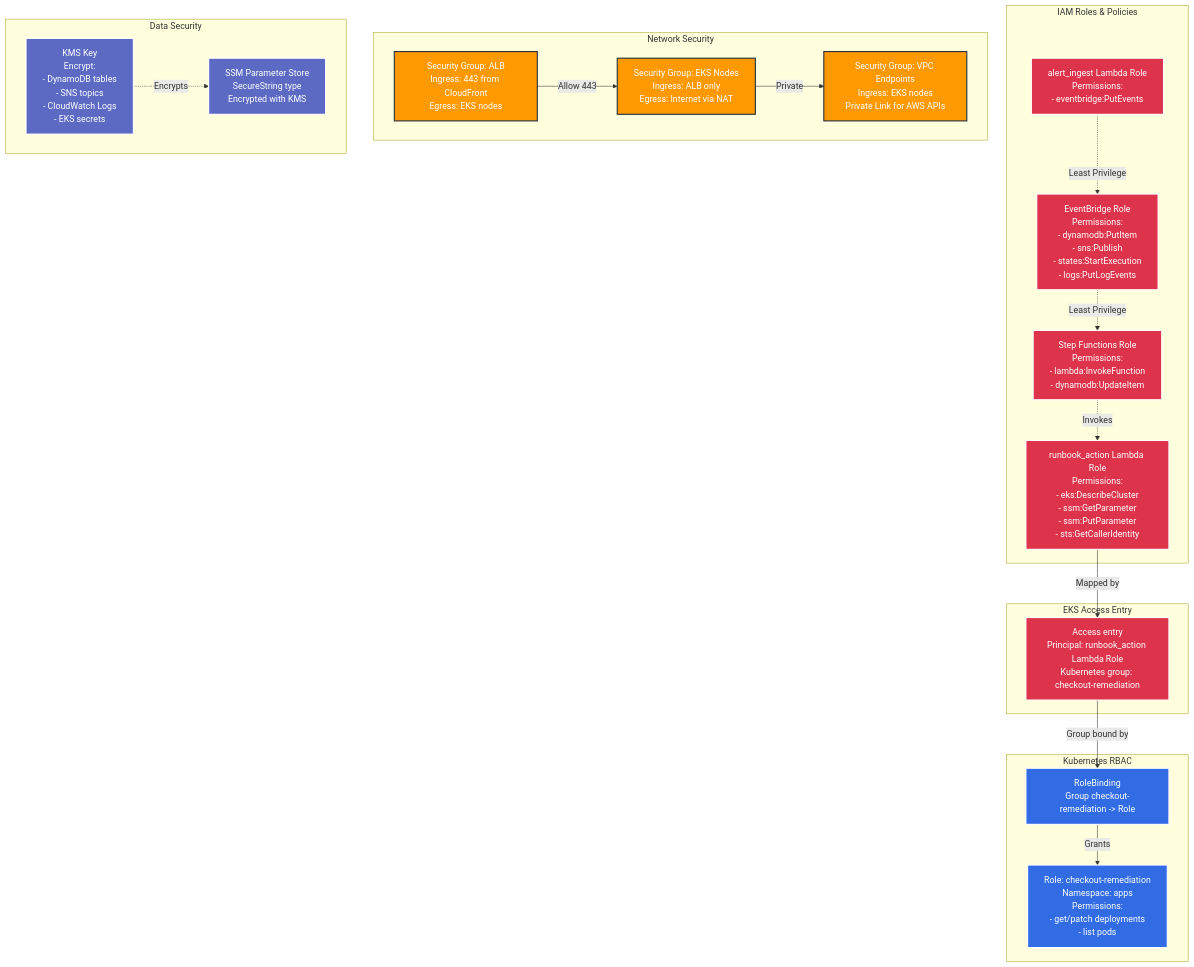
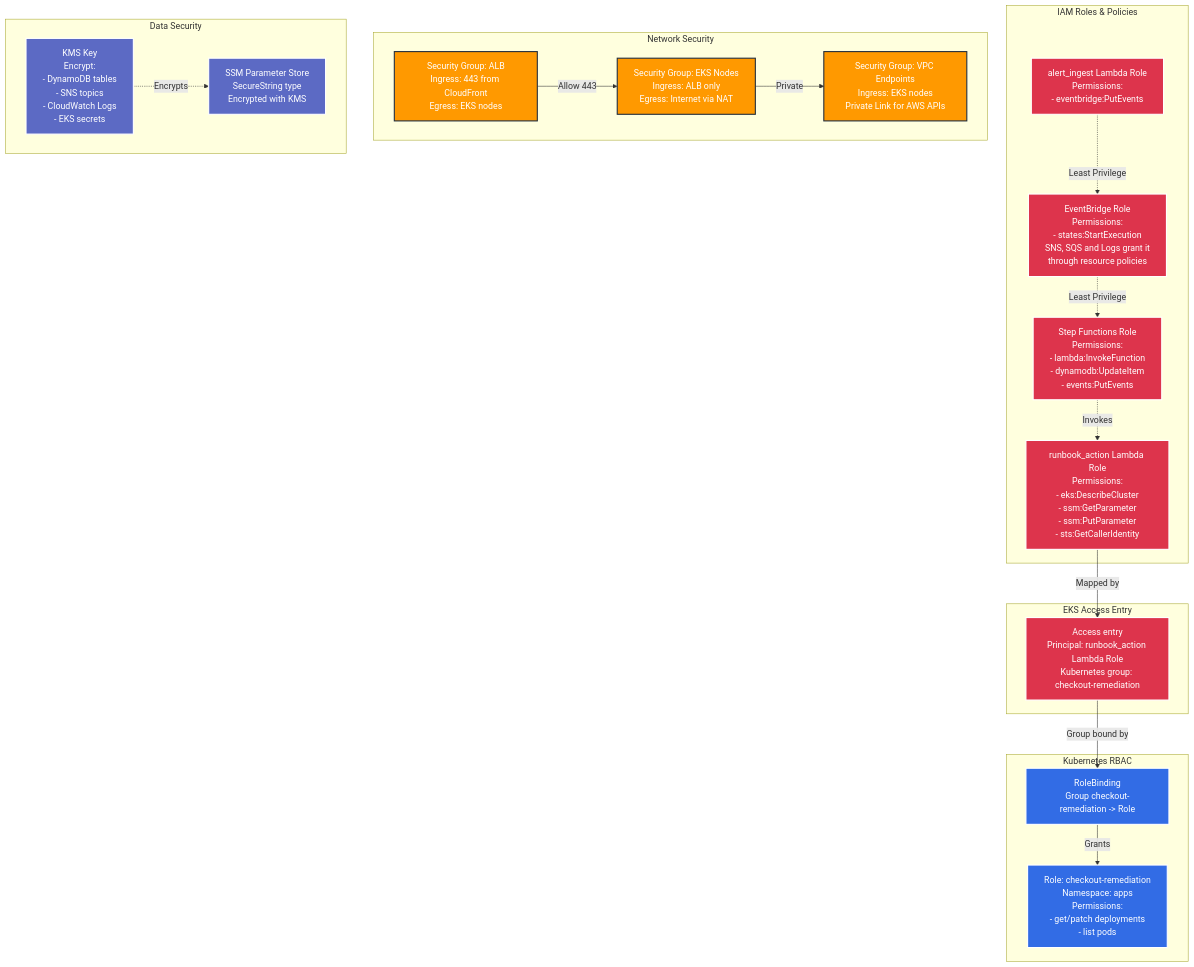
The fourth of 4 diagrams in docs/architecture/README.md (amrutp24/event-driven-sre-platform), drawn with Mermaid before and after one commit. The commit also changed other lines of this file and 10 other files, not shown here.

Commit message:
Route alerts through EventBridge (#12)

````diff
--- a/docs/architecture/README.md
+++ b/docs/architecture/README.md
@@ -255,52 +256,52 @@
 ```mermaid
 graph TB
     subgraph "IAM Roles & Policies"
         R1[alert_ingest Lambda Role<br/>Permissions:<br/>- eventbridge:PutEvents]
         R2[runbook_action Lambda Role<br/>Permissions:<br/>- eks:DescribeCluster<br/>- ssm:GetParameter<br/>- ssm:PutParameter<br/>- sts:GetCallerIdentity]
-        R3[EventBridge Role<br/>Permissions:<br/>- dynamodb:PutItem<br/>- sns:Publish<br/>- states:StartExecution<br/>- logs:PutLogEvents]
-        R4[Step Functions Role<br/>Permissions:<br/>- lambda:InvokeFunction<br/>- dynamodb:UpdateItem]
+        R3[EventBridge Role<br/>Permissions:<br/>- states:StartExecution<br/>SNS, SQS and Logs grant it<br/>through resource policies]
+        R4[Step Functions Role<br/>Permissions:<br/>- lambda:InvokeFunction<br/>- dynamodb:UpdateItem<br/>- events:PutEvents]
     end
 
     subgraph "EKS Access Entry"
         AE[Access entry<br/>Principal: runbook_action Lambda Role<br/>Kubernetes group: checkout-remediation]
     end
 
     subgraph "Kubernetes RBAC"
         Role[Role: checkout-remediation<br/>Namespace: apps<br/>Permissions:<br/>- get/patch deployments<br/>- list pods]
         RB[RoleBinding<br/>Group checkout-remediation -> Role]
     end
 
     subgraph "Network Security"
         SG1[Security Group: EKS Nodes<br/>Ingress: ALB only<br/>Egress: Internet via NAT]
         SG2[Security Group: ALB<br/>Ingress: 443 from CloudFront<br/>Egress: EKS nodes]
         SG3[Security Group: VPC Endpoints<br/>Ingress: EKS nodes<br/>Private Link for AWS APIs]
     end
 
     subgraph "Data Security"
         KMS[KMS Key<br/>Encrypt:<br/>- DynamoDB tables<br/>- SNS topics<br/>- CloudWatch Logs<br/>- EKS secrets]
         SSM_Sec[SSM Parameter Store<br/>SecureString type<br/>Encrypted with KMS]
     end
 
     R2 -->|Mapped by| AE
     AE -->|Group bound by| RB
     RB -->|Grants| Role
 
     R1 -.->|Least Privilege| R3
     R3 -.->|Least Privilege| R4
     R4 -.->|Invokes| R2
 
     SG2 -->|Allow 443| SG1
     SG1 -->|Private| SG3
 
     KMS -.->|Encrypts| SSM_Sec
 
     classDef iam fill:#DD344C,stroke:#fff,stroke-width:2px,color:#fff
     classDef k8s fill:#326CE5,stroke:#fff,stroke-width:2px,color:#fff
     classDef network fill:#FF9900,stroke:#232F3E,stroke-width:2px,color:#fff
     classDef encryption fill:#5C6AC4,stroke:#fff,stroke-width:2px,color:#fff
 
     class R1,R2,R3,R4,AE iam
     class Role,RB k8s
     class SG1,SG2,SG3 network
     class KMS,SSM_Sec encryption
 ```
````
